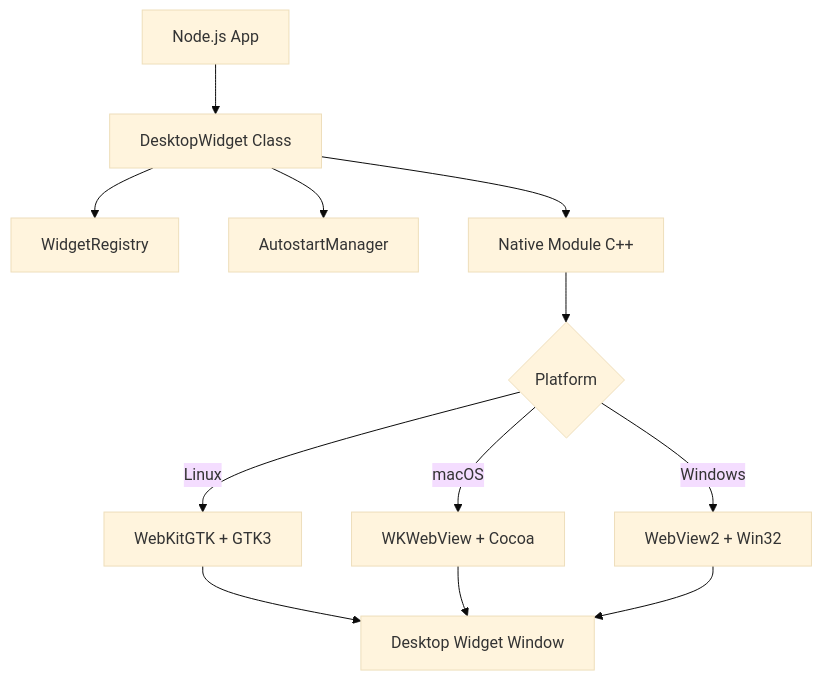
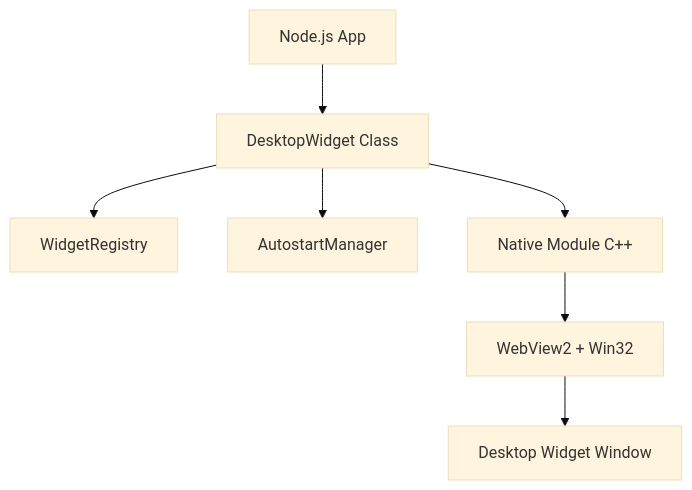
One commit to osmn-byhn/widget-core-windows changed the diagram in README.md. Above: the diagram before and after it, drawn with Mermaid (base theme). The commit also changed other lines of this file and 16 other files, not shown here.

Commit message:
feat: implement DesktopWidget class with native host spawning and autostart management capabilities

````diff
--- a/README.md
+++ b/README.md
@@ -11,14 +11,9 @@
 ```mermaid
 graph TD
     A[Node.js App] --> B[DesktopWidget Class]
     B --> C[WidgetRegistry]
     B --> D[AutostartManager]
     B --> E[Native Module C++]
-    E --> F{Platform}
-    F -->|Linux| G[WebKitGTK + GTK3]
-    F -->|macOS| H[WKWebView + Cocoa]
-    F -->|Windows| I[WebView2 + Win32]
-    G --> J[Desktop Widget Window]
-    H --> J
-    I --> J
+    E --> F[WebView2 + Win32]
+    F --> G[Desktop Widget Window]
 ```
````
